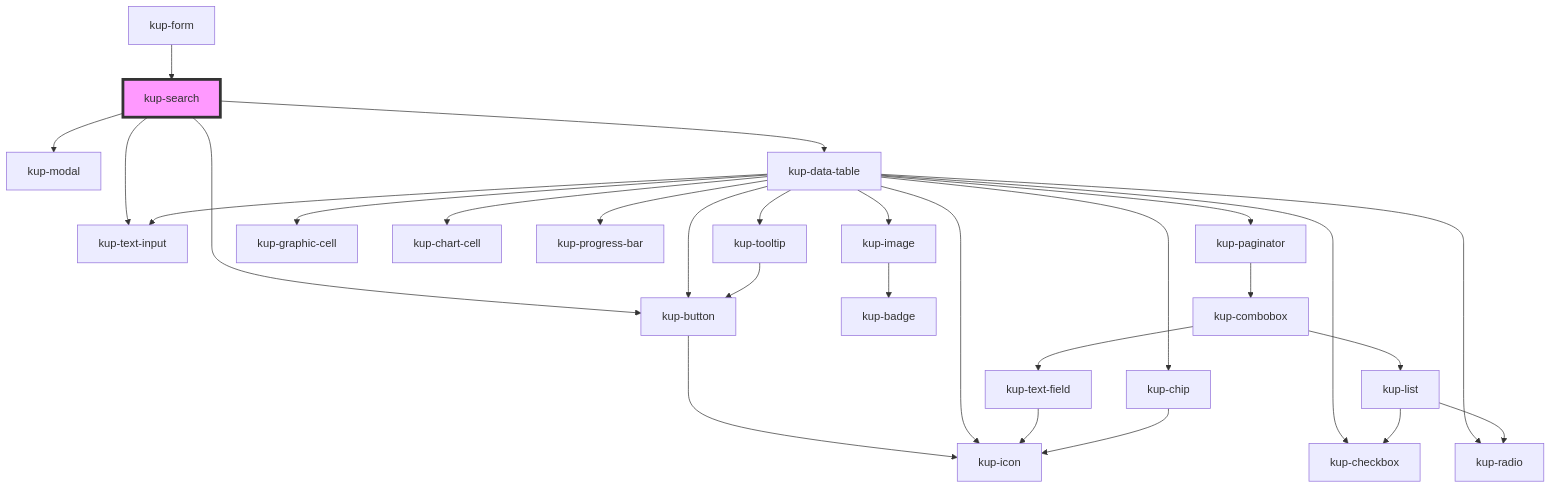
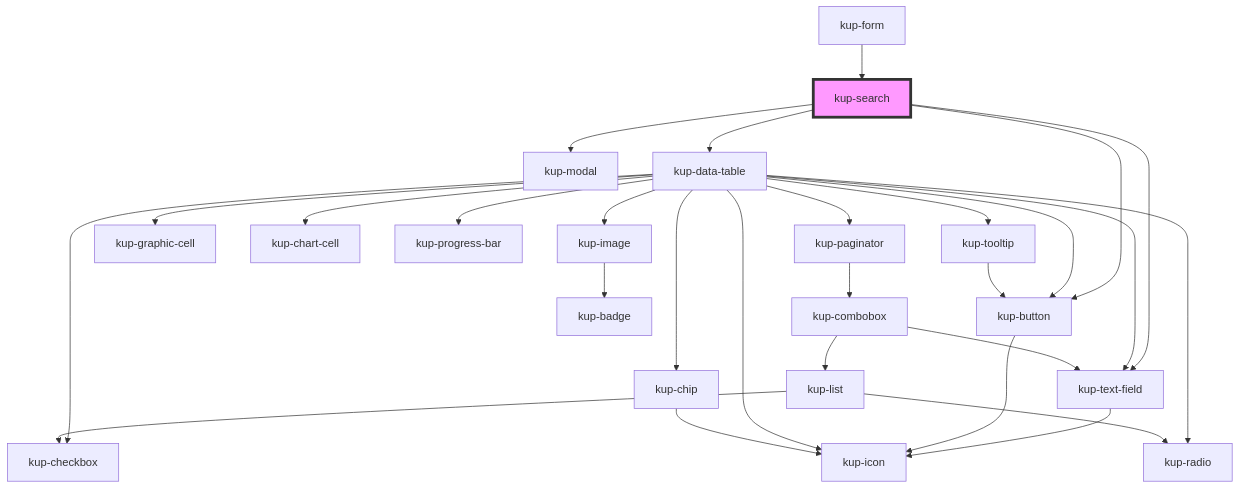
One commit to smeup/ketchup changed the diagram in packages/ketchup/src/components/kup-search/readme.md. Above: the diagram before and after it, drawn with Mermaid. The commit also changed other lines of this file and 32 other files, not shown here.

Commit message:
Rendamed kup-fld to kup-field. Implented field showcase.

````diff
--- a/packages/ketchup/src/components/kup-search/readme.md
+++ b/packages/ketchup/src/components/kup-search/readme.md
@@ -43,31 +43,31 @@
 ```mermaid
 graph TD;
-  kup-search --> kup-text-input
+  kup-search --> kup-text-field
   kup-search --> kup-button
   kup-search --> kup-modal
   kup-search --> kup-data-table
+  kup-text-field --> kup-icon
   kup-button --> kup-icon
   kup-data-table --> kup-checkbox
-  kup-data-table --> kup-text-input
+  kup-data-table --> kup-text-field
   kup-data-table --> kup-icon
   kup-data-table --> kup-image
   kup-data-table --> kup-button
   kup-data-table --> kup-graphic-cell
   kup-data-table --> kup-chart-cell
   kup-data-table --> kup-progress-bar
   kup-data-table --> kup-radio
   kup-data-table --> kup-tooltip
   kup-data-table --> kup-paginator
   kup-data-table --> kup-chip
   kup-image --> kup-badge
   kup-tooltip --> kup-button
   kup-paginator --> kup-combobox
   kup-combobox --> kup-text-field
   kup-combobox --> kup-list
-  kup-text-field --> kup-icon
   kup-list --> kup-radio
   kup-list --> kup-checkbox
   kup-chip --> kup-icon
   kup-form --> kup-search
   style kup-search fill:#f9f,stroke:#333,stroke-width:4px
 ```
````
